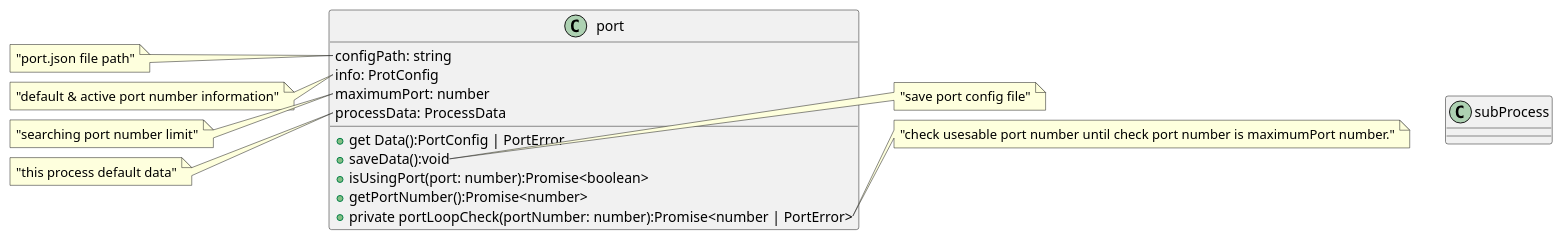
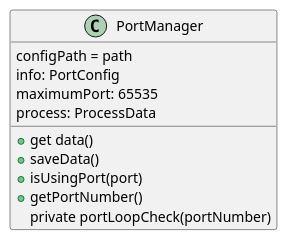
One commit to tolf7544/lanybot-backend changed the diagram in plantuml/test-server/sub-process.pu. Above: the diagram before and after it, drawn with PlantUML. The commit also changed 5 other files, not shown here.

```diff
--- a/plantuml/test-server/sub-process.pu
+++ b/plantuml/test-server/sub-process.pu
@@ -1,44 +1,62 @@
 @startuml
 
-class subProcess {
-	
+class PortManager {
+    configPath = path
+    info: PortConfig
+    maximumPort: 65535
+    process: ProcessData
+
+	+ get data()
+	+ saveData()
+	+ isUsingPort(port)
+	+ getPortNumber()
+	private portLoopCheck(portNumber)
 }
 
-class port {
-	configPath: string
-	info: ProtConfig
-	maximumPort: number
-	processData: ProcessData
 
-	+ get Data():PortConfig | PortError 
-	+ saveData():void
-	+ isUsingPort(port: number):Promise<boolean>
-	+ getPortNumber():Promise<number>
-	+ private portLoopCheck(portNumber: number):Promise<number | PortError>
-}
+' class SubProcess {
+'     process: ProcessData
+'     portSetting: portManager
 
-note left of port::configPath
-"port.json file path"
-end note
+' 	+ get socket()
+' 	+ private spawnServer()
+' 	+ private connectServer(port: number)
 
-note left of port::info
-"default & active port number information"
-end note
+' 	+ manageSocketConnection({ execution, option })
 
-note left of port::maximumPort
-"searching port number limit"
-end note
+' 	+ manageMainSocket({ execution })
+' 	private checkMainPorcessConnection()
+' 	private requestProcessBlockData()
+' 	private requestProcessBlockDataReceiveSocketEvent(socket)
+' 	private registerManagementProcess()
+' 	private registerManagementProcessReceiveSoketEvent(socket, buffer)
+' 	private registerRequest(socket, resolve)
 
-note left of port::processData
-"this process default data"
-end note
+' 	+ private processErrorEvent()
+' }
 
-note right of port::saveData
-"save port config file"
-end note
+' note left of port::configPath
+' "port.json file path"
+' end note
 
-note right of port::portLoopCheck
-"check usesable port number until check port number is maximumPort number."
-end note
+' note left of port::info
+' "default & active port number information"
+' end note
+
+' note left of port::maximumPort
+' "searching port number limit"
+' end note
+
+' note left of port::processData
+' "this process default data"
+' end note
+
+' note right of port::saveData 
+' "save port config file"
+' end note
+
+' note right of port::portLoopCheck
+' "check usesable port number until check port number is maximumPort number."
+' end note
 
 @enduml
```
